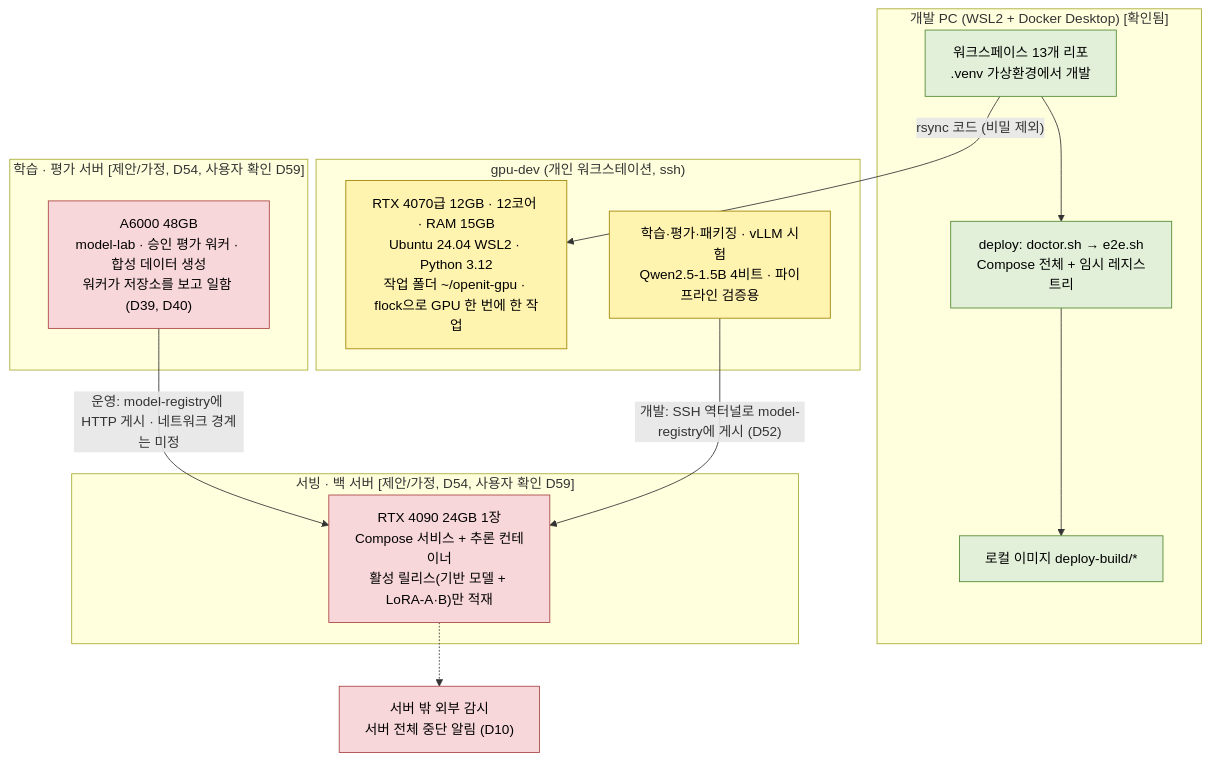
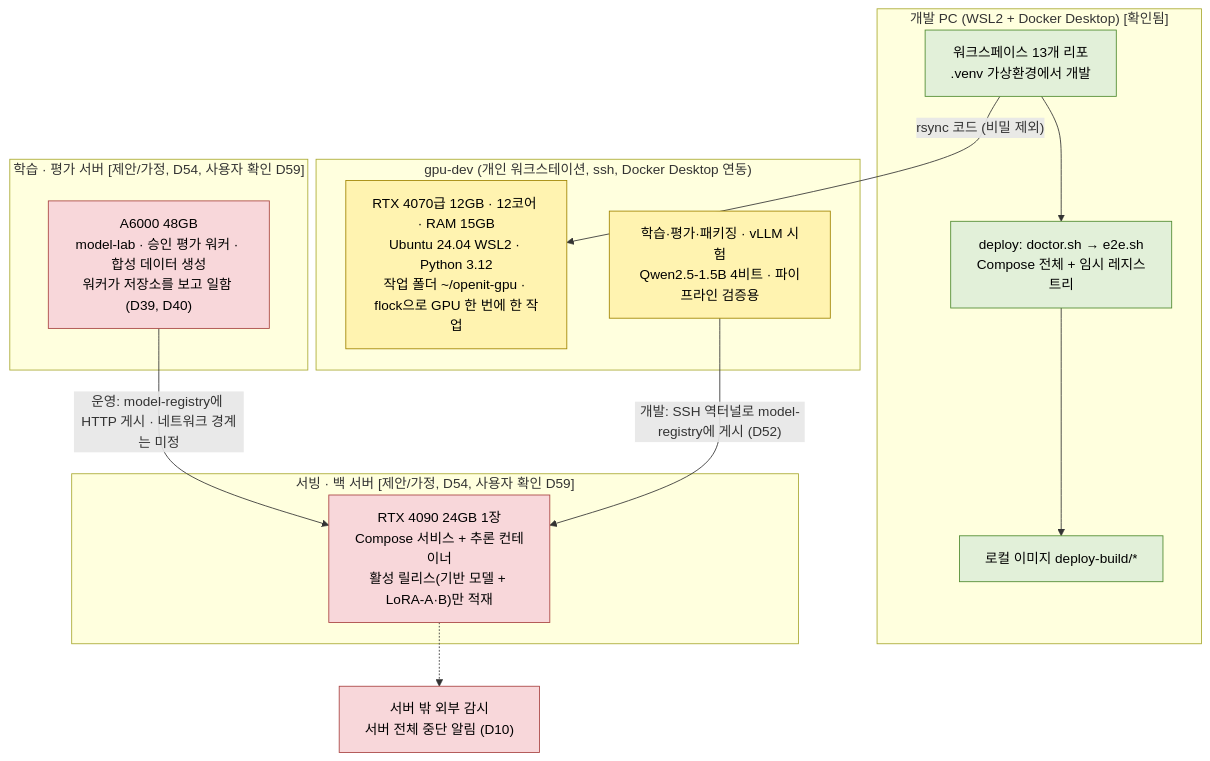
One commit to Sdabin1209/openit_head changed diagram 11 of 12 in docs/architecture.md. Above: the diagram before and after it, drawn with Mermaid. The commit also changed other lines of this file, not shown here.

Commit message:
architecture.md를 실제 리포와 대조해 정정(상태기계, 네트워크 internal, 노드 수, 서버 배치, 폴더 이름 일반화)

````diff
--- a/docs/architecture.md
+++ b/docs/architecture.md
@@ -658,33 +660,33 @@
 ```mermaid
 flowchart TB
   classDef ok fill:#e2f0d9,stroke:#4f8a2f,color:#000
   classDef sub fill:#fff3b0,stroke:#a08400,color:#000
   classDef tbd fill:#f8d7da,stroke:#a94442,color:#000
 
   subgraph PC["개발 PC (WSL2 + Docker Desktop)  [확인됨]"]
     WS["워크스페이스 13개 리포<br/>.venv 가상환경에서 개발"]:::ok
     E2E["deploy: doctor.sh → e2e.sh<br/>Compose 전체 + 임시 레지스트리"]:::ok
     LREG["로컬 이미지 deploy-build/*"]:::ok
   end
 
-  subgraph GDEV["gpu-dev  (개인 워크스테이션, ssh)"]
+  subgraph GDEV["gpu-dev  (개인 워크스테이션, ssh, Docker Desktop 연동)"]
     GD["RTX 4070급 12GB · 12코어 · RAM 15GB<br/>Ubuntu 24.04 WSL2 · Python 3.12<br/>작업 폴더 ~/openit-gpu · flock으로 GPU 한 번에 한 작업"]:::sub
     GRUN["학습·평가·패키징 · vLLM 시험<br/>Qwen2.5-1.5B 4비트 · 파이프라인 검증용"]:::sub
   end
 
   subgraph SERVE["서빙 · 백 서버  [제안/가정, D54, 사용자 확인 D59]"]
     SV["RTX 4090 24GB 1장<br/>Compose 서비스 + 추론 컨테이너<br/>활성 릴리스(기반 모델 + LoRA-A·B)만 적재"]:::tbd
   end
 
   subgraph TRAIN["학습 · 평가 서버  [제안/가정, D54, 사용자 확인 D59]"]
     TR["A6000 48GB<br/>model-lab · 승인 평가 워커 · 합성 데이터 생성<br/>워커가 저장소를 보고 일함 (D39, D40)"]:::tbd
   end
 
   MON["서버 밖 외부 감시<br/>서버 전체 중단 알림 (D10)"]:::tbd
 
   WS -->|"rsync 코드 (비밀 제외)"| GD
   WS --> E2E --> LREG
   GRUN -->|"개발: SSH 역터널로 model-registry에 게시 (D52)"| SV
   TR -->|"운영: model-registry에 HTTP 게시 · 네트워크 경계는 미정"| SV
   SV -.-> MON
 ```
````
